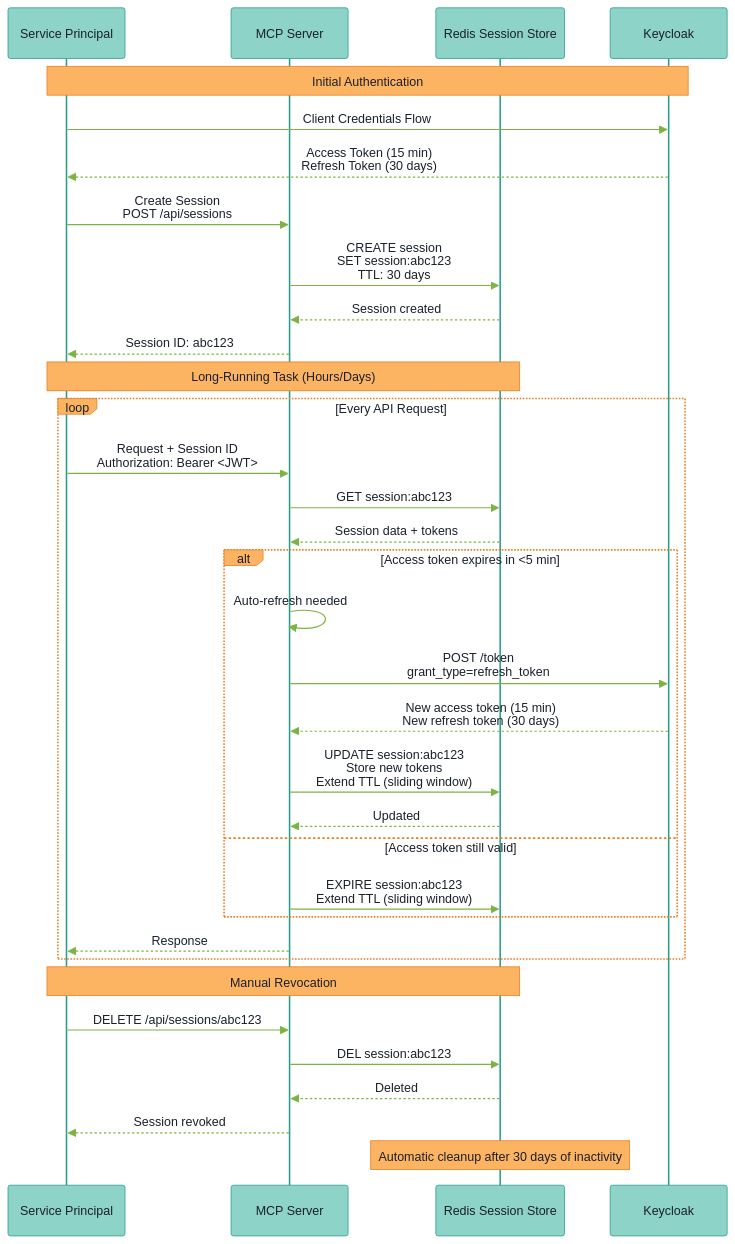
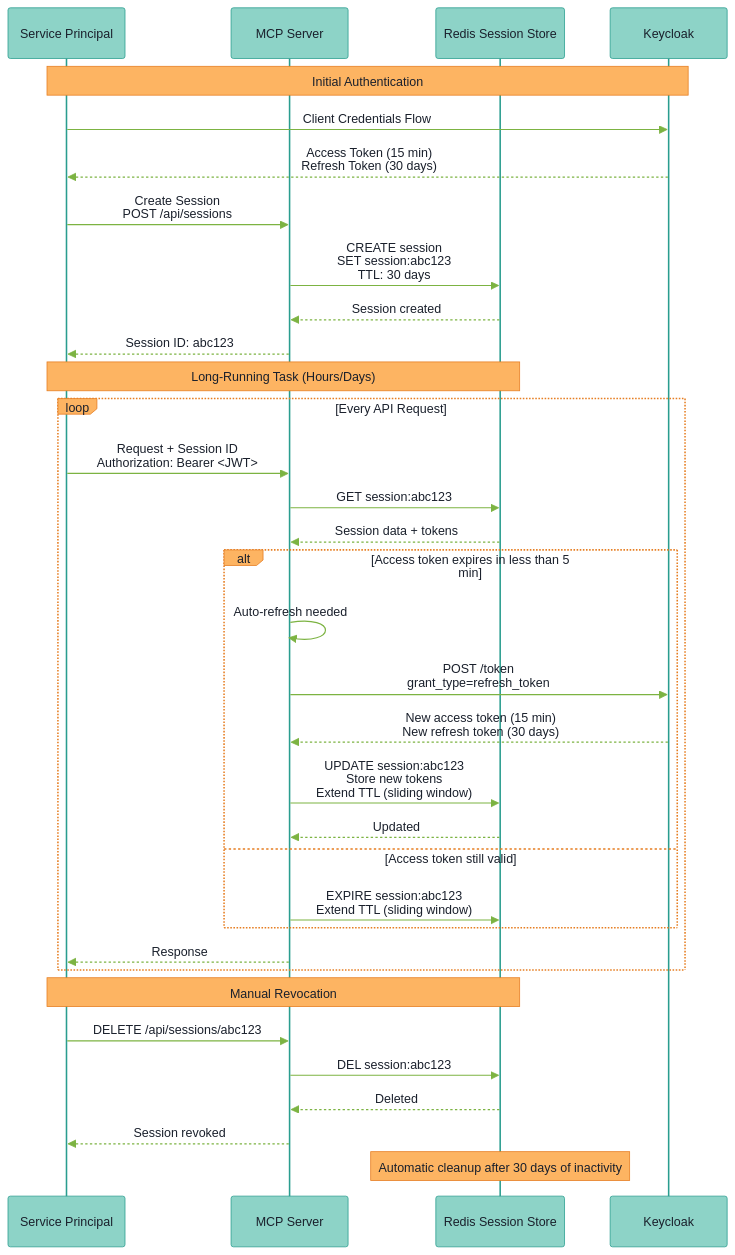
The second of 2 diagrams in docs/architecture/adr-0036-hybrid-session-model.mdx (vishnu2kmohan/mcp-server-langgraph), drawn with Mermaid before and after one commit. The commit also changed other lines of this file and 93 other files, not shown here.

First line of the commit message:
docs: fix MDX syntax errors, broken links, and Mermaid diagram issues

````diff
--- a/docs/architecture/adr-0036-hybrid-session-model.mdx
+++ b/docs/architecture/adr-0036-hybrid-session-model.mdx
@@ -90,45 +90,45 @@
 ```mermaid
 sequenceDiagram
     %%{init: {'theme':'base', 'themeVariables': {'primaryColor':'#8dd3c7','primaryTextColor':'#1a202c','primaryBorderColor':'#2a9d8f','lineColor':'#fb8072','secondaryColor':'#fdb462','tertiaryColor':'#b3de69','actorBkg':'#8dd3c7','actorBorder':'#2a9d8f','actorTextColor':'#1a202c','actorLineColor':'#2a9d8f','signalColor':'#7cb342','signalTextColor':'#1a202c','labelBoxBkgColor':'#fdb462','labelBoxBorderColor':'#e67e22','labelTextColor':'#1a202c','noteBorderColor':'#e67e22','noteBkgColor':'#fdb462','noteTextColor':'#1a202c','activationBorderColor':'#7cb342','activationBkgColor':'#b3de69','sequenceNumberColor':'#4a5568'}}}%%
     participant SP as Service Principal
     participant App as MCP Server
     participant Redis as Redis Session Store
     participant KC as Keycloak
 
     Note over SP,KC: Initial Authentication
     SP->>KC: Client Credentials Flow
     KC-->>SP: Access Token (15 min)<br/>Refresh Token (30 days)
 
     SP->>App: Create Session<br/>POST /api/sessions
     App->>Redis: CREATE session<br/>SET session:abc123<br/>TTL: 30 days
     Redis-->>App: Session created
     App-->>SP: Session ID: abc123
 
     Note over SP,Redis: Long-Running Task (Hours/Days)
     loop Every API Request
         SP->>App: Request + Session ID<br/>Authorization: Bearer <JWT>
         App->>Redis: GET session:abc123
         Redis-->>App: Session data + tokens
 
-        alt Access token expires in <5 min
+        alt Access token expires in less than 5 min
             App->>App: Auto-refresh needed
             App->>KC: POST /token<br/>grant_type=refresh_token
             KC-->>App: New access token (15 min)<br/>New refresh token (30 days)
             App->>Redis: UPDATE session:abc123<br/>Store new tokens<br/>Extend TTL (sliding window)
             Redis-->>App: Updated
         else Access token still valid
             App->>Redis: EXPIRE session:abc123<br/>Extend TTL (sliding window)
         end
 
         App-->>SP: Response
     end
 
     Note over SP,Redis: Manual Revocation
     SP->>App: DELETE /api/sessions/abc123
     App->>Redis: DEL session:abc123
     Redis-->>App: Deleted
     App-->>SP: Session revoked
 
     Note over Redis: Automatic cleanup after 30 days of inactivity
 
 ```
````
